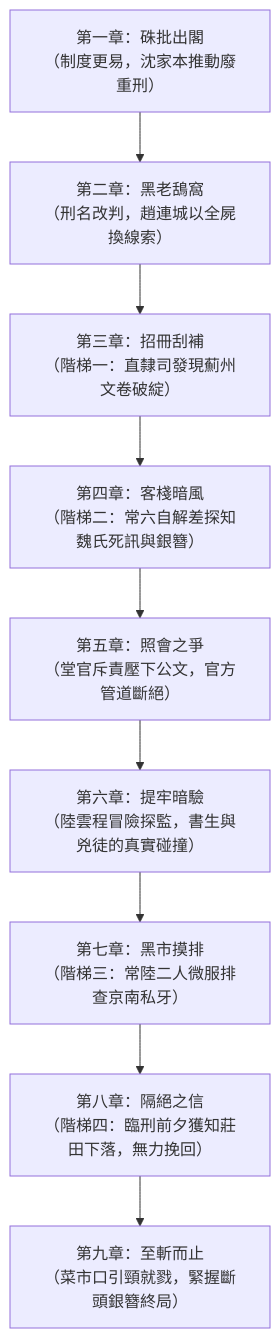
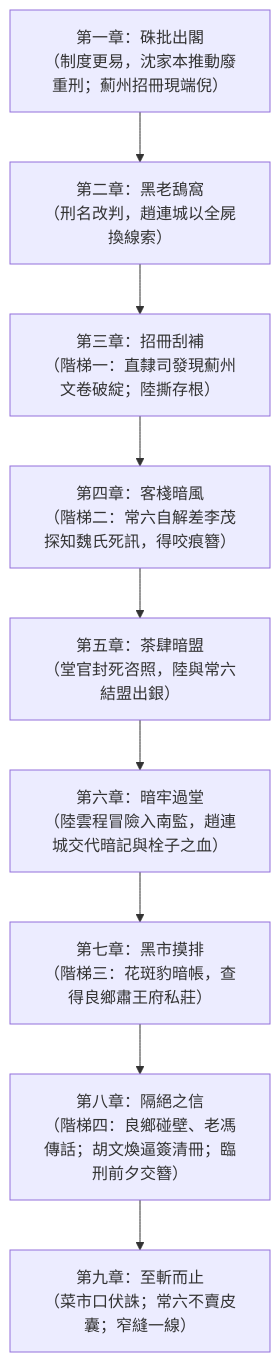
The diagram in canon/outline.md (IYungHuang/zhizhanerzhi), drawn with Mermaid before and after one commit. The commit also changed other lines of this file and 10 other files, not shown here.

````diff
--- a/canon/outline.md
+++ b/canon/outline.md
@@ -15,11 +16,11 @@
 ```mermaid
 flowchart TD
-    Ch1["第一章：硃批出閣<br>（制度更易，沈家本推動廢重刑）"] --> Ch2["第二章：黑老鴰窩<br>（刑名改判，趙連城以全屍換線索）"]
-    Ch2 --> Ch3["第三章：招冊刮補<br>（階梯一：直隸司發現薊州文卷破綻）"]
-    Ch3 --> Ch4["第四章：客棧暗風<br>（階梯二：常六自解差探知魏氏死訊與銀簪）"]
-    Ch4 --> Ch5["第五章：照會之爭<br>（堂官斥責壓下公文，官方管道斷絕）"]
-    Ch5 --> Ch6["第六章：提牢暗驗<br>（陸雲程冒險探監，書生與兇徒的真實碰撞）"]
-    Ch6 --> Ch7["第七章：黑市摸排<br>（階梯三：常陸二人微服排查京南私牙）"]
-    Ch7 --> Ch8["第八章：隔絕之信<br>（階梯四：臨刑前夕獲知莊田下落，無力挽回）"]
-    Ch8 --> Ch9["第九章：至斬而止<br>（菜市口引頸就戮，緊握斷頭銀簪終局）"]
+    Ch1["第一章：硃批出閣<br>（制度更易，沈家本推動廢重刑；薊州招冊現端倪）"] --> Ch2["第二章：黑老鴰窩<br>（刑名改判，趙連城以全屍換線索）"]
+    Ch2 --> Ch3["第三章：招冊刮補<br>（階梯一：直隸司發現薊州文卷破綻；陸撕存根）"]
+    Ch3 --> Ch4["第四章：客棧暗風<br>（階梯二：常六自解差李茂探知魏氏死訊，得咬痕簪）"]
+    Ch4 --> Ch5["第五章：茶肆暗盟<br>（堂官封死咨照，陸與常六結盟出銀）"]
+    Ch5 --> Ch6["第六章：暗牢過堂<br>（陸雲程冒險入南監，趙連城交代暗記與栓子之血）"]
+    Ch6 --> Ch7["第七章：黑市摸排<br>（階梯三：花斑豹暗帳，查得良鄉肅王府私莊）"]
+    Ch7 --> Ch8["第八章：隔絕之信<br>（階梯四：良鄉碰壁、老馮傳話；胡文煥逼簽清冊；臨刑前夕交簪）"]
+    Ch8 --> Ch9["第九章：至斬而止<br>（菜市口伏誅；常六不賣皮囊；窄縫一線）"]
 ```
````
